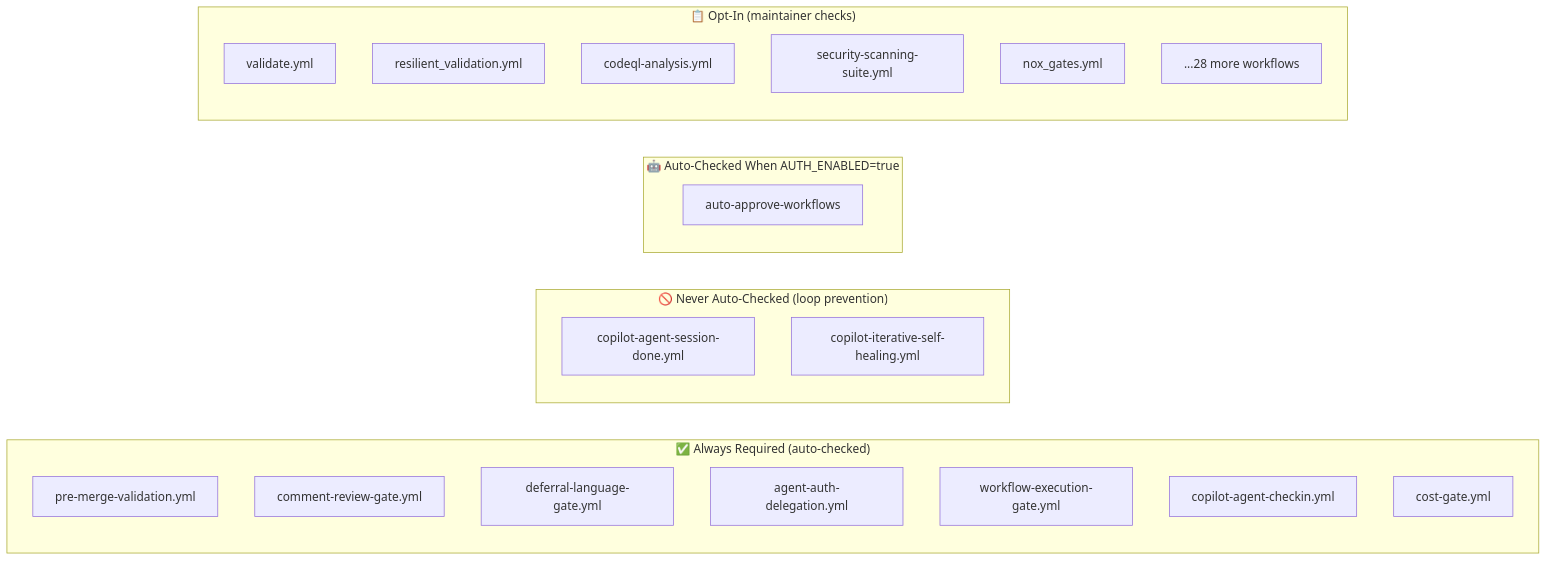
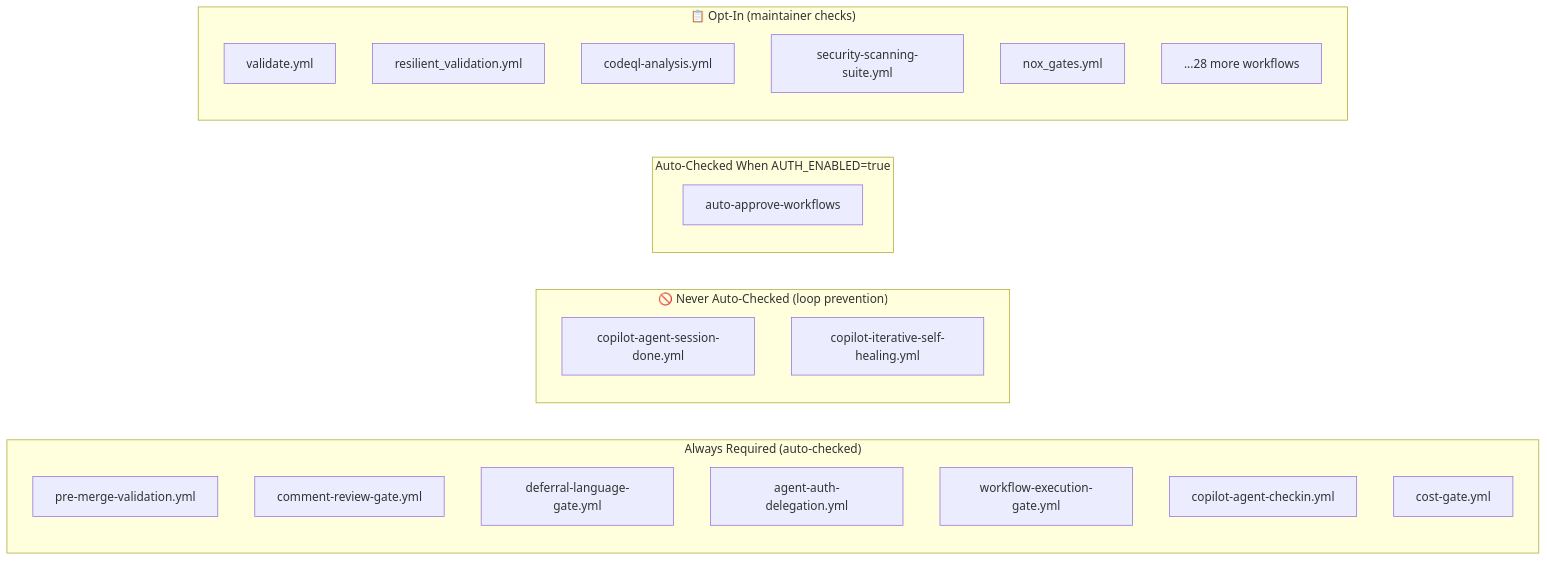
Before and after one commit to Aries-Serpent/_codex_: the second of 7 diagrams in docs/plans/COPILOT_SESSION_HANDOFF_DESIGN.md, drawn with Mermaid. The commit also changed other lines of this file and 2029 other files, not shown here.

````diff
--- a/docs/plans/COPILOT_SESSION_HANDOFF_DESIGN.md
+++ b/docs/plans/COPILOT_SESSION_HANDOFF_DESIGN.md
@@ -109,31 +111,31 @@
 ```mermaid
-%%{init: {'accessibility': {'title': 'Flowchart showing "✅ Always Required (auto-checked)", pre-merge-validation.yml'}}%%
+%%{init: {'accessibility': {'title': 'Flowchart showing " Always Required (auto-checked)", pre-merge-validation.yml'}}%%
 graph LR
-    subgraph ALWAYS["✅ Always Required (auto-checked)"]
+    subgraph ALWAYS[" Always Required (auto-checked)"]
         AR1[pre-merge-validation.yml]
         AR2[comment-review-gate.yml]
         AR3[deferral-language-gate.yml]
         AR4[agent-auth-delegation.yml]
         AR5[workflow-execution-gate.yml]
         AR6[copilot-agent-checkin.yml]
         AR7[cost-gate.yml]
     end
 
     subgraph NEVER["🚫 Never Auto-Checked (loop prevention)"]
         NC1[copilot-agent-session-done.yml]
         NC2[copilot-iterative-self-healing.yml]
     end
 
-    subgraph AUTONOMOUS["🤖 Auto-Checked When AUTH_ENABLED=true"]
+    subgraph AUTONOMOUS[" Auto-Checked When AUTH_ENABLED=true"]
         AU1[auto-approve-workflows]
     end
 
     subgraph OPT_IN["📋 Opt-In (maintainer checks)"]
         OI1[validate.yml]
         OI2[resilient_validation.yml]
         OI3[codeql-analysis.yml]
         OI4[security-scanning-suite.yml]
         OI5[nox_gates.yml]
         OI6[...28 more workflows]
     end
 ```
````
